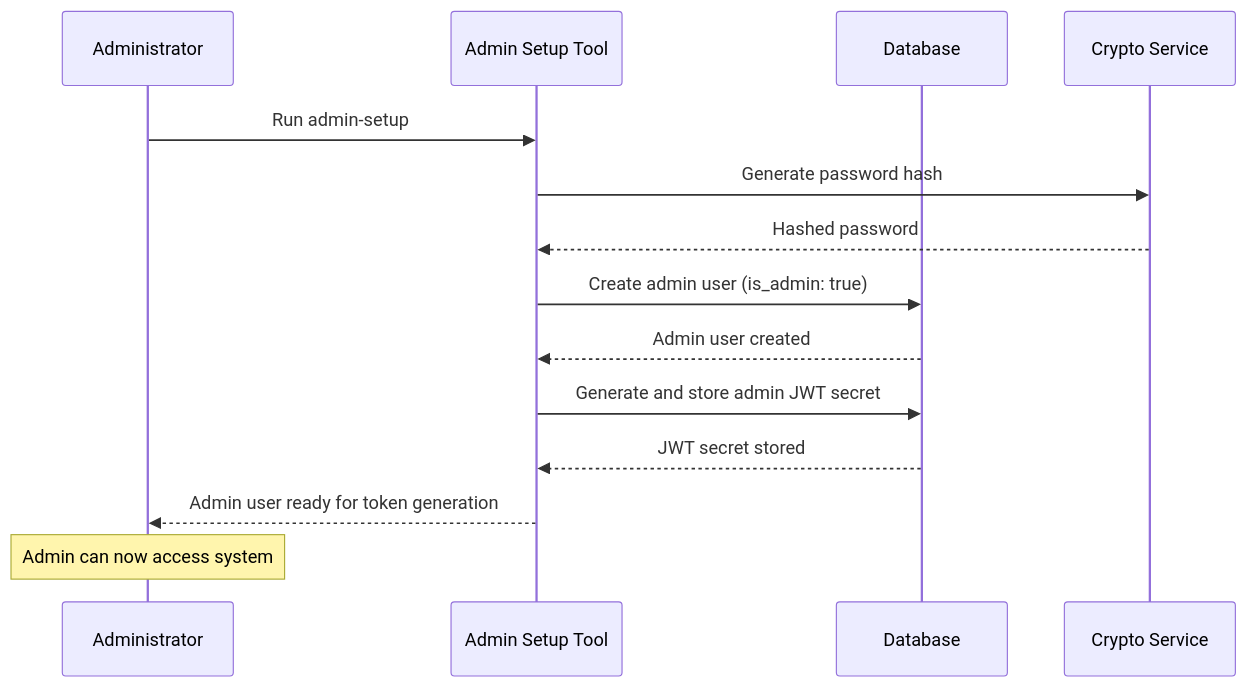
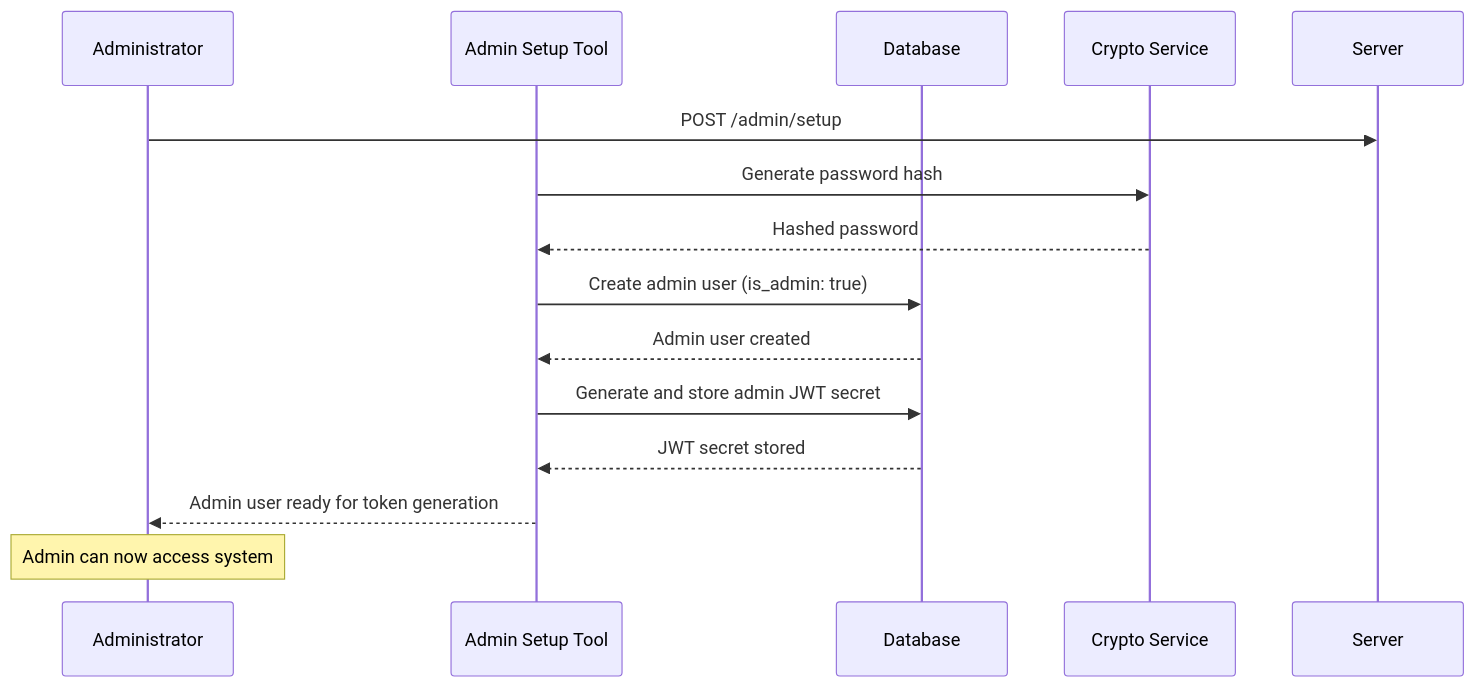
One commit to Async-IO/pierre_mcp_server changed the second of 5 diagrams in docs/developer-guide/06-authentication.md. Above: the diagram before and after it, drawn with Mermaid. The commit also changed other lines of this file and 17 other files, not shown here.

Commit message:
feat: implement server-first admin setup and fix JWT architecture issues

````diff
--- a/docs/developer-guide/06-authentication.md
+++ b/docs/developer-guide/06-authentication.md
@@ -79,21 +83,21 @@
 ```mermaid
 sequenceDiagram
     participant Admin as Administrator
     participant Setup as Admin Setup Tool
     participant DB as Database
     participant Crypto as Crypto Service
     
-    Admin->>Setup: Run admin-setup
+    Admin->>Server: POST /admin/setup
     Setup->>Crypto: Generate password hash
     Crypto-->>Setup: Hashed password
     
     Setup->>DB: Create admin user (is_admin: true)
     DB-->>Setup: Admin user created
     
     Setup->>DB: Generate and store admin JWT secret
     DB-->>Setup: JWT secret stored
     
     Setup-->>Admin: Admin user ready for token generation
     
     Note over Admin: Admin can now access system
 ```
````
